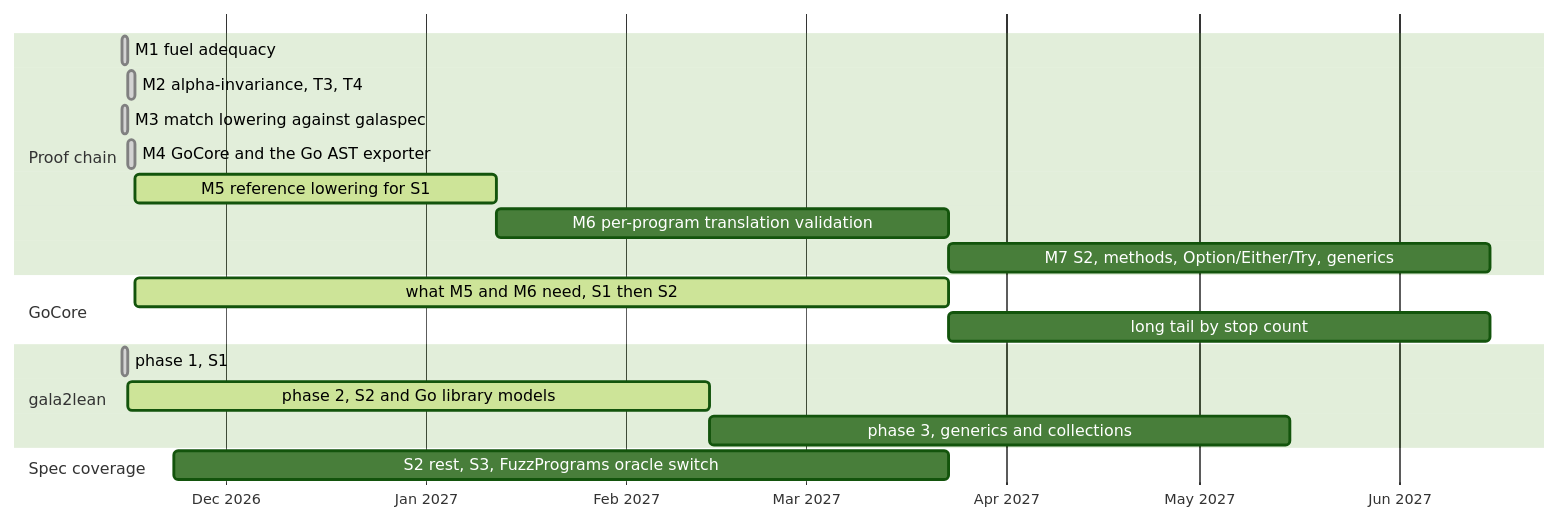
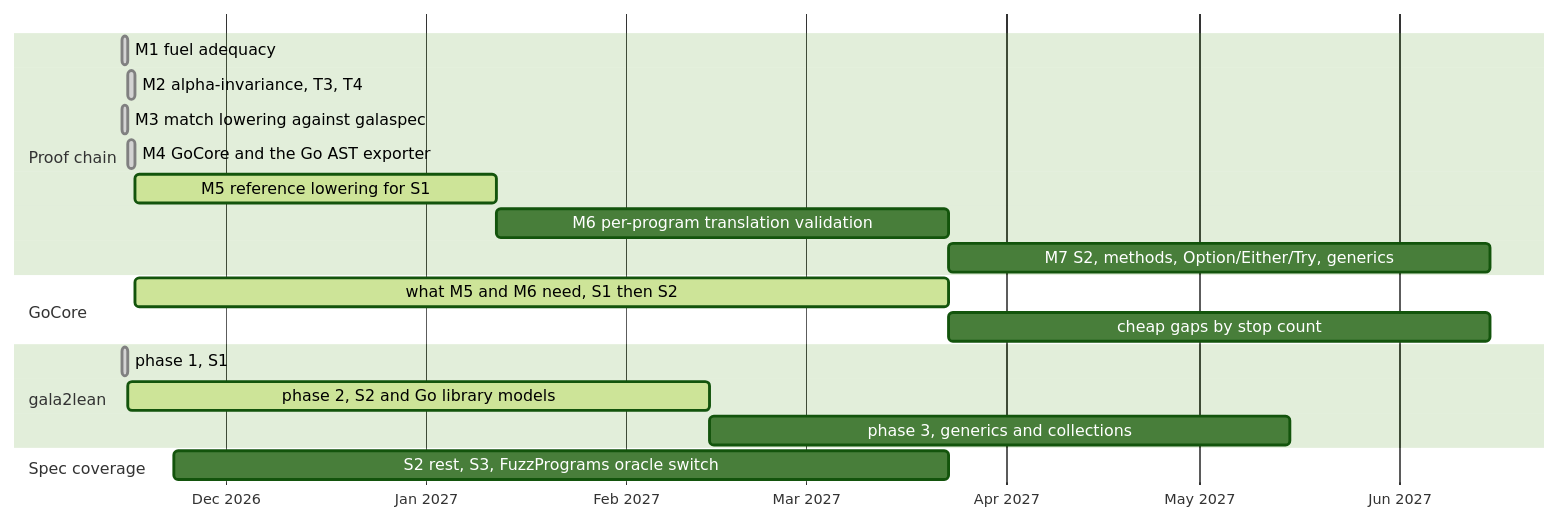
Before and after one commit to martianoff/gala: the seventh of 7 diagrams in docs/FORMAL_SEMANTICS.MD, drawn with Mermaid (forest theme). The commit also changed other lines of this file, not shown here.

First line of the commit message:
docs: GoCore track takes cheap gaps first and defers costly ones

````diff
--- a/docs/FORMAL_SEMANTICS.MD
+++ b/docs/FORMAL_SEMANTICS.MD
@@ -1210,22 +1213,22 @@
 ```mermaid
 gantt
     dateFormat  YYYY-MM-DD
     axisFormat  %b %Y
     section Proof chain
     M1 fuel adequacy                         :done, m1, 2026-11-15, 1d
     M2 alpha-invariance, T3, T4              :done, m2, 2026-11-16, 1d
     M3 match lowering against galaspec       :done, m3, 2026-11-15, 1d
     M4 GoCore and the Go AST exporter        :done, m4, 2026-11-16, 1d
     M5 reference lowering for S1             :active, m5, after m4, 56d
     M6 per-program translation validation    :m6, after m5, 70d
     M7 S2, methods, Option/Either/Try, generics :m7, after m6, 84d
     section GoCore
     what M5 and M6 need, S1 then S2          :active, g1, after m4, 126d
-    long tail by stop count                  :g2, after g1, 84d
+    cheap gaps by stop count                 :g2, after g1, 84d
     section gala2lean
     phase 1, S1                              :done, l1, 2026-11-15, 1d
     phase 2, S2 and Go library models        :active, l2, after l1, 90d
     phase 3, generics and collections        :l3, after l2, 90d
     section Spec coverage
     S2 rest, S3, FuzzPrograms oracle switch  :c1, 2026-11-23, 120d
 ```
````
